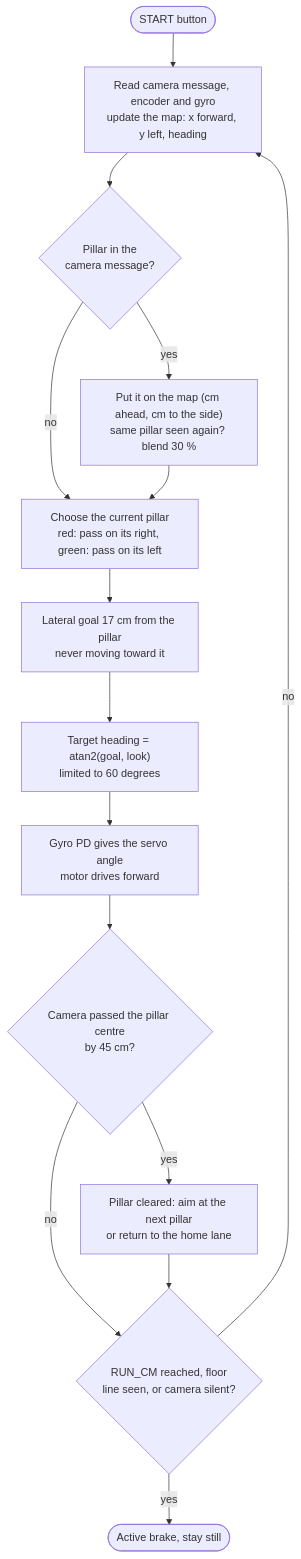
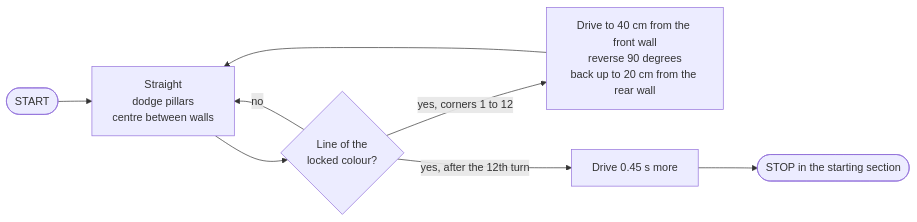
The third of 3 diagrams in README.md (henryalejandrorieraloza-sudo/WRO-2026-Future-Engineers-Journal), drawn with Mermaid before and after one commit. The commit also changed other lines of this file and 18 other files, not shown here.

````diff
--- a/README.md
+++ b/README.md
@@ -592,17 +597,10 @@
 ```mermaid
-flowchart TD
-    S(["START button"]) --> R["Read camera message, encoder and gyro<br>update the map: x forward, y left, heading"]
-    R --> P{"Pillar in the<br>camera message?"}
-    P -- yes --> M["Put it on the map (cm ahead, cm to the side)<br>same pillar seen again? blend 30 %"]
-    P -- no --> G
-    M --> G["Choose the current pillar<br>red: pass on its right, green: pass on its left"]
-    G --> L["Lateral goal 17 cm from the pillar<br>never moving toward it"]
-    L --> H["Target heading = atan2(goal, look)<br>limited to 60 degrees"]
-    H --> D["Gyro PD gives the servo angle<br>motor drives forward"]
-    D --> C{"Camera passed the pillar centre<br>by 45 cm?"}
-    C -- yes --> N["Pillar cleared: aim at the next pillar<br>or return to the home lane"]
-    C -- no --> E
-    N --> E{"RUN_CM reached, floor<br>line seen, or camera silent?"}
-    E -- no --> R
-    E -- yes --> F(["Active brake, stay still"])
+flowchart LR
+    S([START]) --> A["Straight<br>dodge pillars<br>centre between walls"]
+    A --> L{Line of the<br>locked colour?}
+    L -- no --> A
+    L -- "yes, corners 1 to 12" --> T["Drive to 40 cm from the front wall<br>reverse 90 degrees<br>back up to 20 cm from the rear wall"]
+    T --> A
+    L -- "yes, after the 12th turn" --> F["Drive 0.45 s more"]
+    F --> E([STOP in the starting section])
 ```
````
